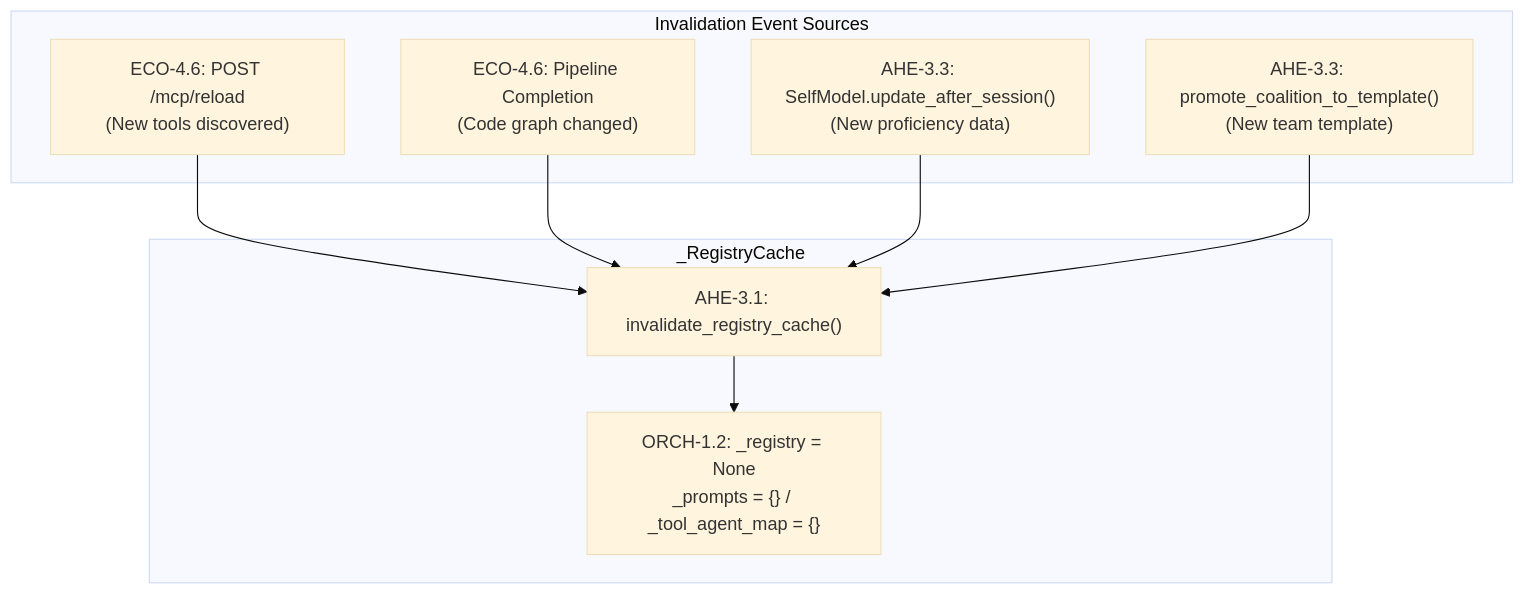
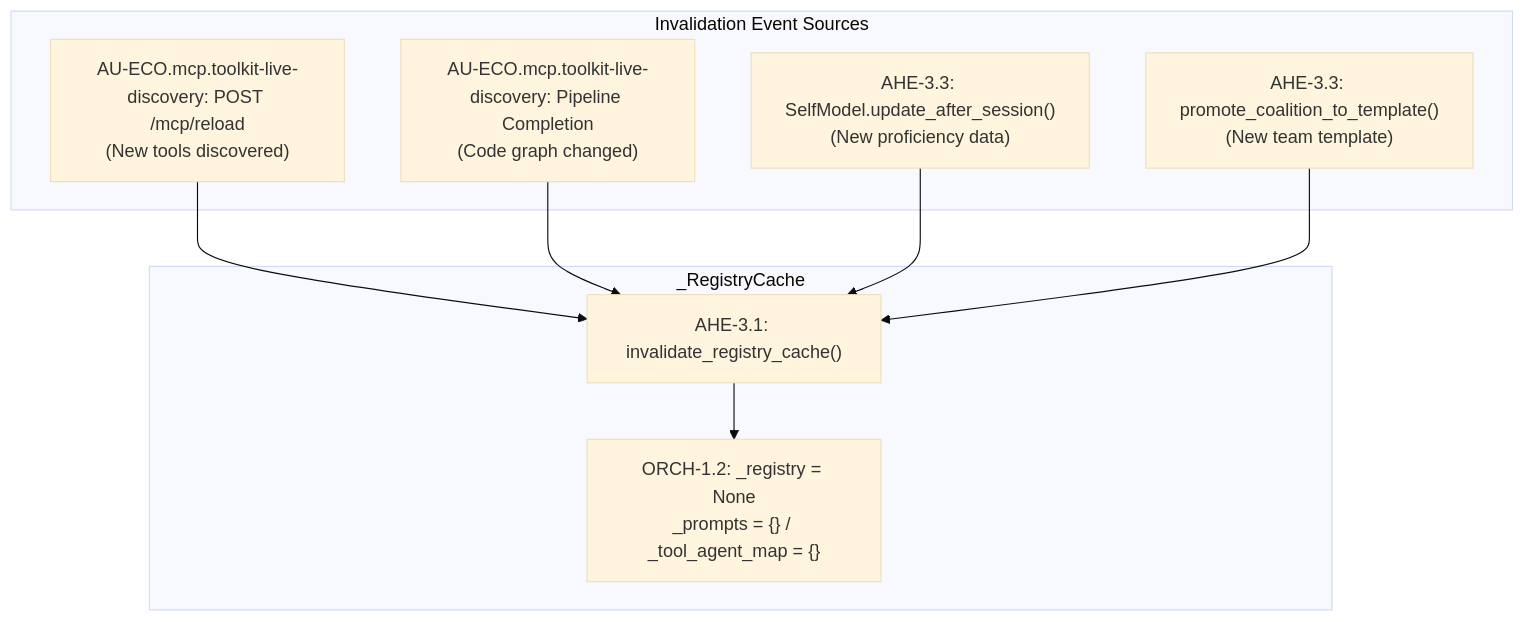
One commit to Knuckles-Team/agent-utilities changed the diagram in docs/guides/registry-cache.md. Above: the diagram before and after it, drawn with Mermaid (base theme). The commit also changed other lines of this file and 2324 other files, not shown here.

````diff
--- a/docs/guides/registry-cache.md
+++ b/docs/guides/registry-cache.md
@@ -67,20 +67,20 @@
 ```mermaid
 graph TD
     subgraph Triggers ["Invalidation Event Sources"]
-        MCP["ECO-4.6: POST /mcp/reload\n(New tools discovered)"]
-        Pipeline["ECO-4.6: Pipeline Completion\n(Code graph changed)"]
+        MCP["AU-ECO.mcp.toolkit-live-discovery: POST /mcp/reload\n(New tools discovered)"]
+        Pipeline["AU-ECO.mcp.toolkit-live-discovery: Pipeline Completion\n(Code graph changed)"]
         SelfModel["AHE-3.3: SelfModel.update_after_session()\n(New proficiency data)"]
         TeamConfig["AHE-3.3: promote_coalition_to_template()\n(New team template)"]
     end
 
     subgraph Cache ["_RegistryCache"]
         Inv["AHE-3.1: invalidate_registry_cache()"]
         Clear["ORCH-1.2: _registry = None\n_prompts = {} / _tool_agent_map = {}"]
     end
 
     MCP --> Inv
     Pipeline --> Inv
     SelfModel --> Inv
     TeamConfig --> Inv
     Inv --> Clear
 ```
````
